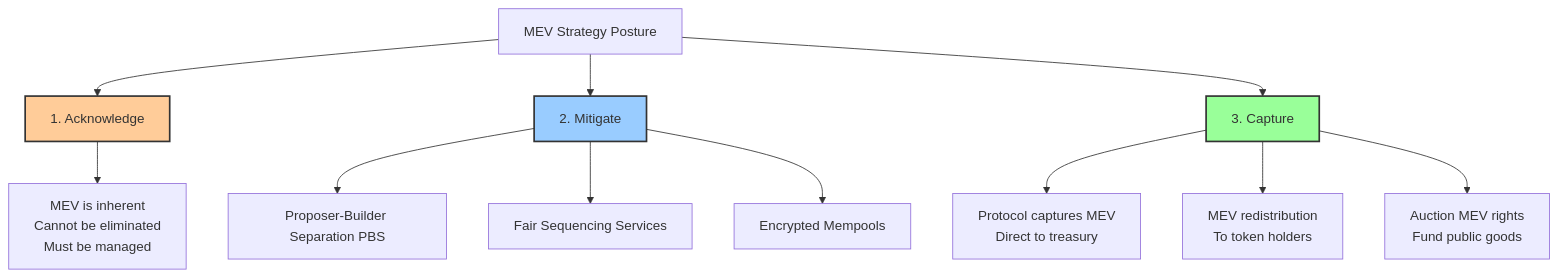
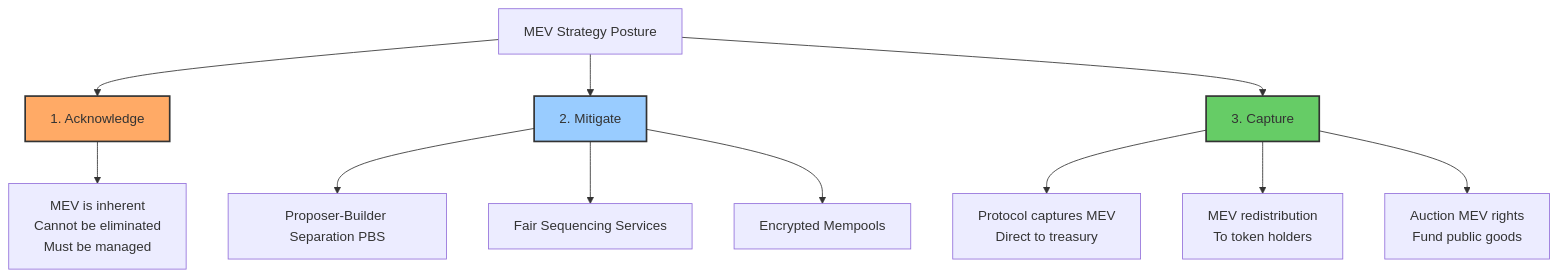
Diagram 12 of 16 in Industry/Blockchain/Blockchain/ValueChain/QA_DeepSeek.md (ljg-cqu/knowledge), drawn with Mermaid before and after one commit. The commit also changed other lines of this file and 6 other files, not shown here.

````diff
--- a/Industry/Blockchain/Blockchain/ValueChain/QA_DeepSeek.md
+++ b/Industry/Blockchain/Blockchain/ValueChain/QA_DeepSeek.md
@@ -1206,20 +1206,20 @@
 ```mermaid
 graph TD
     A[MEV Strategy Posture] --> B[1. Acknowledge]
     A --> C[2. Mitigate]
     A --> D[3. Capture]
     
     B --> B1[MEV is inherent<br>Cannot be eliminated<br>Must be managed]
     
     C --> C1[Proposer-Builder Separation PBS]
     C --> C2[Fair Sequencing Services]
     C --> C3[Encrypted Mempools]
     
     D --> D1[Protocol captures MEV<br>Direct to treasury]
     D --> D2[MEV redistribution<br>To token holders]
     D --> D3[Auction MEV rights<br>Fund public goods]
     
-    style B fill:#fc9,stroke:#333,stroke-width:2px
+    style B fill:#fa6,stroke:#333,stroke-width:2px
     style C fill:#9cf,stroke:#333,stroke-width:2px
-    style D fill:#9f9,stroke:#333,stroke-width:2px
+    style D fill:#6c6,stroke:#333,stroke-width:2px
 ```
````
